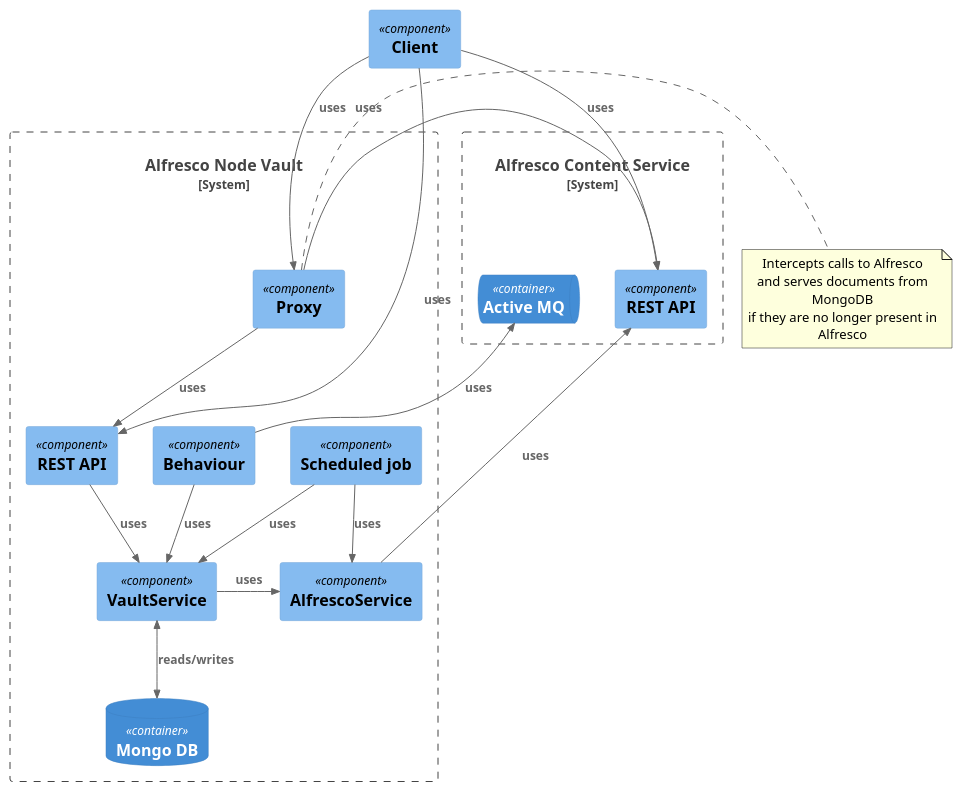
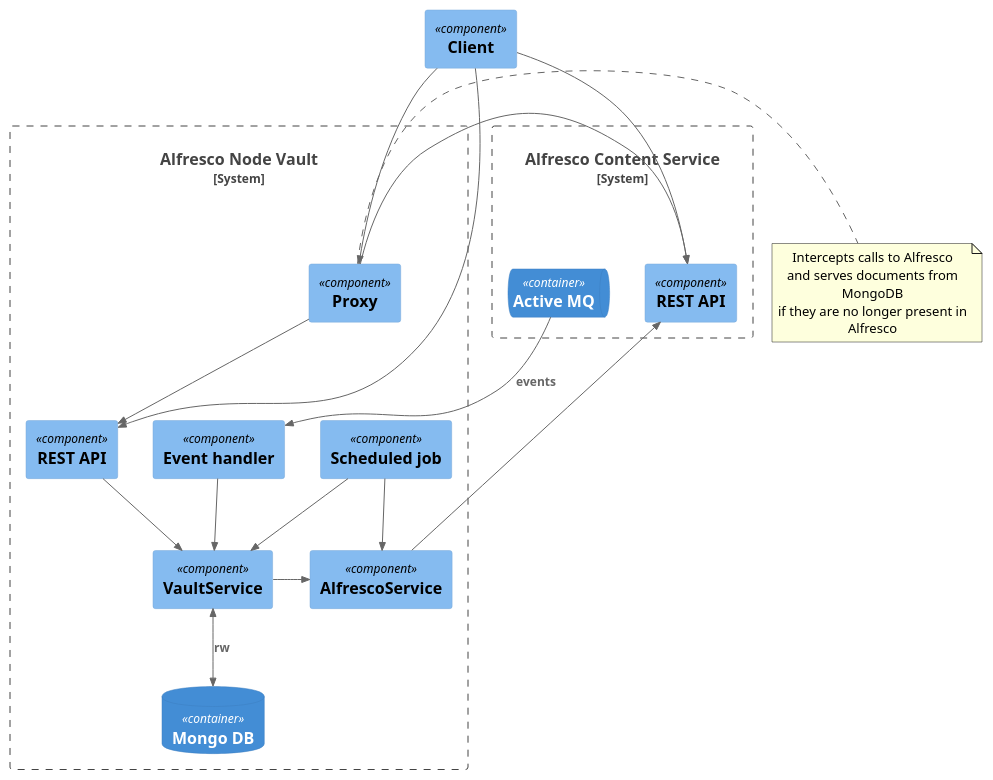
One commit to saidone75/alfresco-node-vault changed the diagram in architecture.puml. Above: the diagram before and after it, drawn with PlantUML. The commit also changed 1 other file, not shown here.

```diff
--- a/architecture.puml
+++ b/architecture.puml
@@ -1,43 +1,43 @@
 @startuml
 !include <C4/C4_Container>
 !include <C4/C4_Component>
 
 System_Boundary(anv, "Alfresco Node Vault") {
   Component(anvProxy, "Proxy")
   Component(anvApi, "REST API")
-  Component(anvBehaviour, "Behaviour")
+  Component(anvHandler, "Event handler")
   Component(anvJob, "Scheduled job")
   Component(anvVault, "VaultService")
   Component(anvAlfresco, "AlfrescoService")
   ContainerDb(anvMongo, "Mongo DB")
 }
 
 note right of [anvProxy]
 Intercepts calls to Alfresco
 and serves documents from MongoDB
 if they are no longer present in Alfresco
 end note
 
 System_Boundary(acs, "Alfresco Content Service") {
   ContainerQueue(acsQueue, "Active MQ")
   Component(acsApi, "REST API")
 }
 
-Rel_U(anvBehaviour, acsQueue, "uses")
-Rel_D(anvProxy, anvApi, "uses")
-Rel_R(anvProxy, acsApi, "uses")
-Rel_D(anvApi, anvVault, "uses")
-Rel_D(anvBehaviour, anvVault, "uses")
-Rel_D(anvJob, anvVault, "uses")
-Rel_D(anvJob, anvAlfresco, "uses")
-BiRel_D(anvVault, anvMongo, "reads/writes")
-Rel_R(anvVault, anvAlfresco, "uses")
-Rel_R(anvAlfresco, acsApi, "uses")
+Rel_D(acsQueue, anvHandler, "events")
+Rel_D(anvProxy, anvApi, "")
+Rel_R(anvProxy, acsApi, "")
+Rel_D(anvApi, anvVault, "")
+Rel_D(anvHandler, anvVault, "")
+Rel_D(anvJob, anvVault, "")
+Rel_D(anvJob, anvAlfresco, "")
+BiRel_D(anvVault, anvMongo, "rw")
+Rel_R(anvVault, anvAlfresco, "")
+Rel_R(anvAlfresco, acsApi, "")
 
 Component(client, "Client")
 
-Rel_D(client, anvProxy, "uses")
-Rel_D(client, anvApi, "uses")
-Rel_D(client, acsApi, "uses")
+Rel_D(client, anvProxy, "")
+Rel_D(client, anvApi, "")
+Rel_D(client, acsApi, "")
 
 @enduml
```
